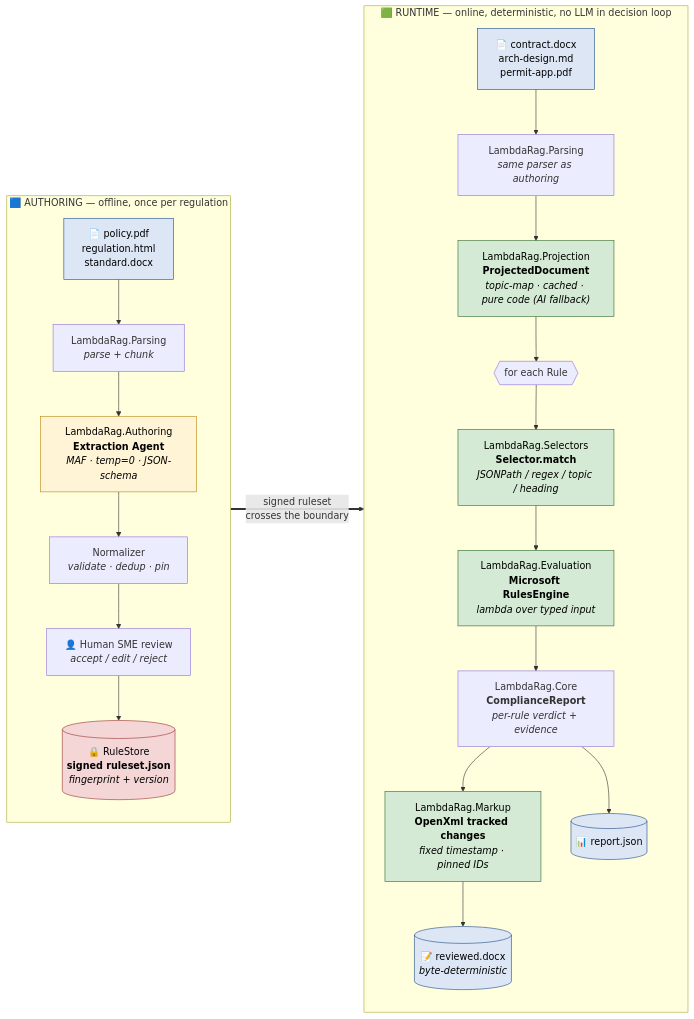
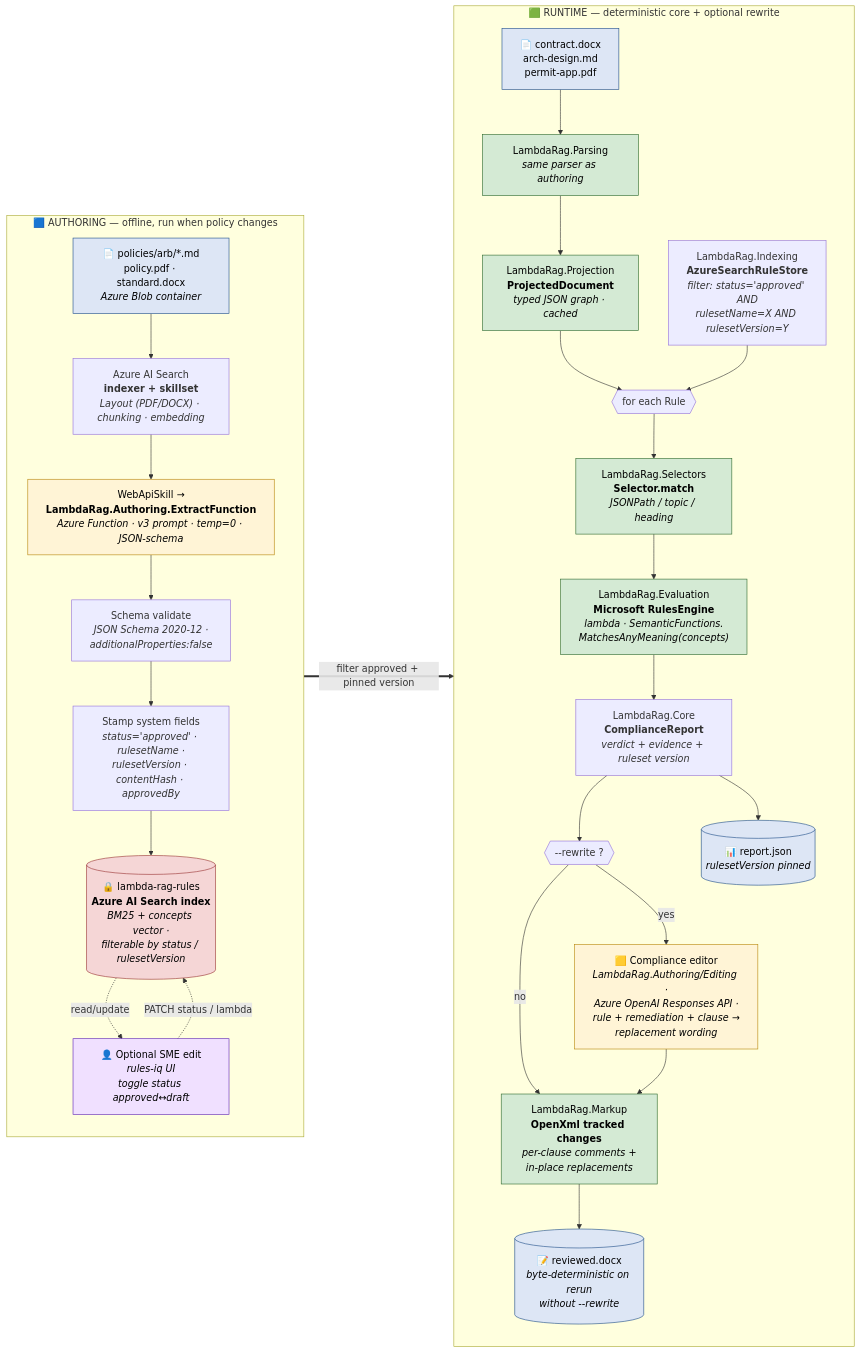
One commit to MTCMarkFranco/lambda-rag changed the first of 3 diagrams in docs/diagrams/authoring-vs-runtime.md. Above: the diagram before and after it, drawn with Mermaid. The commit also changed other lines of this file and 2 other files, not shown here.

First line of the commit message:
docs: refresh architecture for Azure Search rule store + rewrite path

````diff
--- a/docs/diagrams/authoring-vs-runtime.md
+++ b/docs/diagrams/authoring-vs-runtime.md
@@ -16,43 +18,54 @@
 ```mermaid
 flowchart LR
-    subgraph AUTH["🟦 AUTHORING — offline, once per regulation"]
+    subgraph AUTH["🟦 AUTHORING — offline, run when policy changes"]
         direction TB
-        A1["📄 policy.pdf<br/>regulation.html<br/>standard.docx"]
-        A2["LambdaRag.Parsing<br/><i>parse + chunk</i>"]
-        A3["LambdaRag.Authoring<br/><b>Extraction Agent</b><br/><i>MAF · temp=0 · JSON-schema</i>"]
-        A4["Normalizer<br/><i>validate · dedup · pin</i>"]
-        A5["👤 Human SME review<br/><i>accept / edit / reject</i>"]
-        A6[("🔒 RuleStore<br/><b>signed ruleset.json</b><br/><i>fingerprint + version</i>")]
+        A1["📄 policies/arb/*.md<br/>policy.pdf · standard.docx<br/><i>Azure Blob container</i>"]
+        A2["Azure AI Search<br/><b>indexer + skillset</b><br/><i>Layout (PDF/DOCX) · chunking · embedding</i>"]
+        A3["WebApiSkill →<br/><b>LambdaRag.Authoring.ExtractFunction</b><br/><i>Azure Function · v3 prompt · temp=0 · JSON-schema</i>"]
+        A4["Schema validate<br/><i>JSON Schema 2020-12 ·<br/>additionalProperties:false</i>"]
+        A5["Stamp system fields<br/><i>status='approved' · rulesetName ·<br/>rulesetVersion · contentHash · approvedBy</i>"]
+        A6[("🔒 lambda-rag-rules<br/><b>Azure AI Search index</b><br/><i>BM25 + concepts vector ·<br/>filterable by status / rulesetVersion</i>")]
+        A7["👤 Optional SME edit<br/><i>rules-iq UI</i><br/><i>toggle status approved↔draft</i>"]
         A1 --> A2 --> A3 --> A4 --> A5 --> A6
+        A6 -. read/update .-> A7
+        A7 -. PATCH status / lambda .-> A6
     end
 
-    subgraph RUN["🟩 RUNTIME — online, deterministic, no LLM in decision loop"]
+    subgraph RUN["🟩 RUNTIME — deterministic core + optional rewrite"]
         direction TB
         R1["📄 contract.docx<br/>arch-design.md<br/>permit-app.pdf"]
         R2["LambdaRag.Parsing<br/><i>same parser as authoring</i>"]
-        R3["LambdaRag.Projection<br/><b>ProjectedDocument</b><br/><i>topic-map · cached · pure code (AI fallback)</i>"]
-        R4{{"for each Rule"}}
-        R5["LambdaRag.Selectors<br/><b>Selector.match</b><br/><i>JSONPath / regex / topic / heading</i>"]
-        R6["LambdaRag.Evaluation<br/><b>Microsoft RulesEngine</b><br/><i>lambda over typed input</i>"]
-        R7["LambdaRag.Core<br/><b>ComplianceReport</b><br/><i>per-rule verdict + evidence</i>"]
-        R8["LambdaRag.Markup<br/><b>OpenXml tracked changes</b><br/><i>fixed timestamp · pinned IDs</i>"]
-        R9[("📊 report.json")]
-        R10[("📝 reviewed.docx<br/><i>byte-deterministic</i>")]
-        R1 --> R2 --> R3 --> R4
-        R4 --> R5 --> R6 --> R7
-        R7 --> R8
-        R7 --> R9
-        R8 --> R10
+        R3["LambdaRag.Projection<br/><b>ProjectedDocument</b><br/><i>typed JSON graph · cached</i>"]
+        R4["LambdaRag.Indexing<br/><b>AzureSearchRuleStore</b><br/><i>filter: status='approved' AND<br/>rulesetName=X AND rulesetVersion=Y</i>"]
+        R5{{"for each Rule"}}
+        R6["LambdaRag.Selectors<br/><b>Selector.match</b><br/><i>JSONPath / topic / heading</i>"]
+        R7["LambdaRag.Evaluation<br/><b>Microsoft RulesEngine</b><br/><i>lambda · SemanticFunctions.<br/>MatchesAnyMeaning(concepts)</i>"]
+        R8["LambdaRag.Core<br/><b>ComplianceReport</b><br/><i>verdict + evidence + ruleset version</i>"]
+        R9{{"--rewrite ?"}}
+        R10["🟨 Compliance editor<br/><i>LambdaRag.Authoring/Editing ·<br/>Azure OpenAI Responses API ·<br/>rule + remediation + clause →<br/>replacement wording</i>"]
+        R11["LambdaRag.Markup<br/><b>OpenXml tracked changes</b><br/><i>per-clause comments +<br/>in-place replacements</i>"]
+        R12[("📊 report.json<br/><i>rulesetVersion pinned</i>")]
+        R13[("📝 reviewed.docx<br/><i>byte-deterministic on rerun<br/>without --rewrite</i>")]
+        R1 --> R2 --> R3 --> R5
+        R4 --> R5
+        R5 --> R6 --> R7 --> R8
+        R8 --> R9
+        R9 -- no --> R11
+        R9 -- yes --> R10 --> R11
+        R8 --> R12
+        R11 --> R13
     end
 
-    A6 ==>|"signed ruleset<br/>crosses the boundary"| R4
+    A6 ==>|"filter approved + pinned version"| R4
 
     classDef llm fill:#fff4d6,stroke:#b8860b,color:#000
     classDef pure fill:#d4ead4,stroke:#2d6a2d,color:#000
     classDef artifact fill:#dde6f5,stroke:#1f4e89,color:#000
     classDef store fill:#f5d6d6,stroke:#993333,color:#000
-    class A3 llm
-    class R3,R5,R6,R8 pure
-    class A1,R1,R9,R10 artifact
+    classDef sme fill:#f0e0ff,stroke:#5b21b6,color:#000
+    class A3,R10 llm
+    class R2,R3,R6,R7,R11 pure
+    class A1,R1,R12,R13 artifact
     class A6 store
+    class A7 sme
 ```
````
